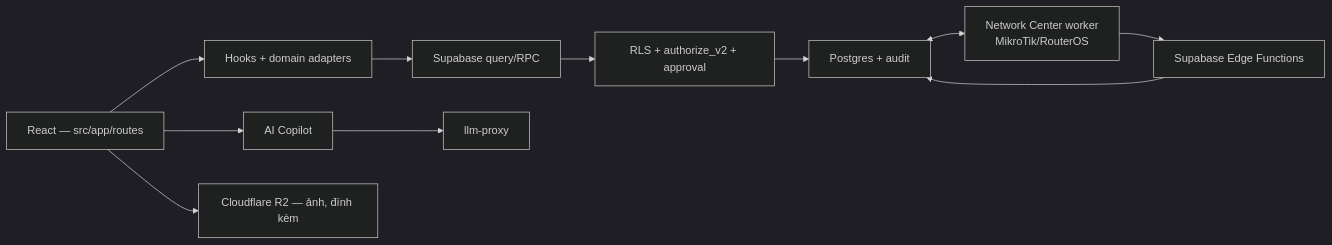
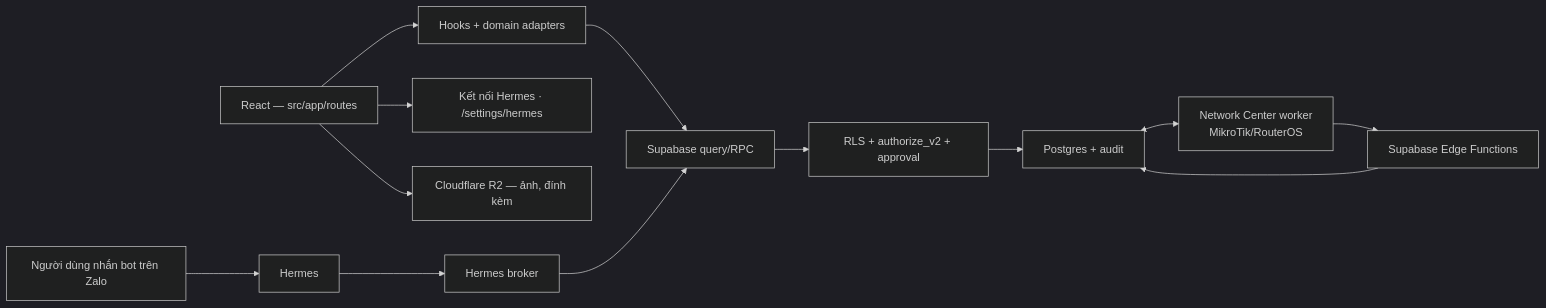
One commit to zxGreenxz/whiteboard-ihomecrm changed the diagram in docs/he-thong/00-tong-quan.md. Above: the diagram before and after it, drawn with Mermaid (dark theme). The commit also changed other lines of this file and 42 other files, not shown here.

````diff
--- a/docs/he-thong/00-tong-quan.md
+++ b/docs/he-thong/00-tong-quan.md
@@ -9,13 +9,14 @@
 ```mermaid
 flowchart LR
   UI["React — src/app/routes"] --> H["Hooks + domain adapters"]
   H --> RPC["Supabase query/RPC"]
   RPC --> AUTH["RLS + authorize_v2 + approval"]
   AUTH --> DB["Postgres + audit"]
-  UI --> CP["AI Copilot"]
-  CP --> LLM["llm-proxy"]
+  UI --> HS["Kết nối Hermes · /settings/hermes"]
+  ZALO["Người dùng nhắn bot trên Zalo"] --> HERMES["Hermes"]
+  HERMES --> BROKER["Hermes broker"] --> RPC
   UI --> R2["Cloudflare R2 — ảnh, đính kèm"]
   DB <--> NC["Network Center worker<br/>MikroTik/RouterOS"]
   EF["Supabase Edge Functions"] --> DB
   NC --> EF
 ```
````
